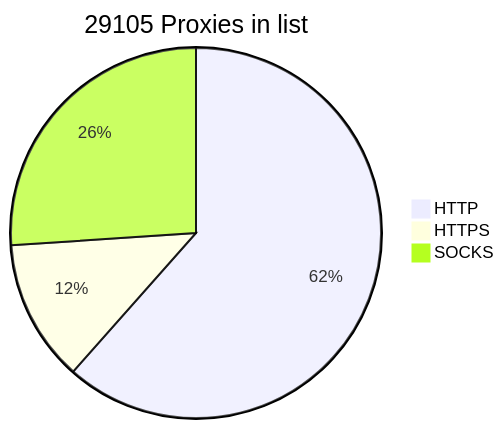
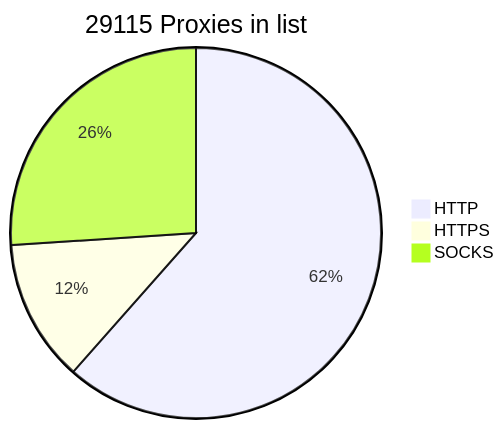
One commit to BlackSnowDot/proxylist-update-every-minute changed the diagram in README.md. Above: the diagram before and after it, drawn with Mermaid.

````diff
--- a/README.md
+++ b/README.md
@@ -2,6 +2,6 @@
 ```mermaid
-pie title 29105 Proxies in list
-    "HTTP" : 19689
-    "HTTPS": 3970
+pie title 29115 Proxies in list
+    "HTTP" : 19697
+    "HTTPS": 3980
     "SOCKS" : 8336
 ```
````
